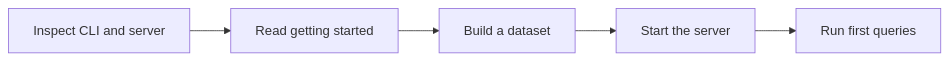
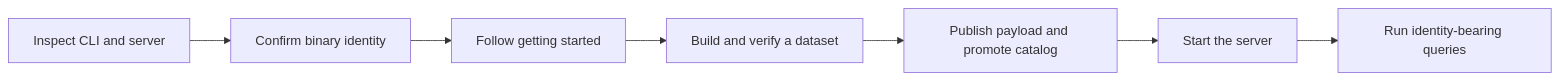
One commit to bijux/bijux-atlas changed the fifth of 7 diagrams in README.md. Above: the diagram before and after it, drawn with Mermaid. The commit also changed other lines of this file and 2 other files, not shown here.

````diff
--- a/README.md
+++ b/README.md
@@ -394,7 +397,9 @@
 ```mermaid
 flowchart LR
-    Inspect[Inspect CLI and server] --> BuildDocs[Read getting started]
-    BuildDocs --> Ingest[Build a dataset]
-    Ingest --> Serve[Start the server]
-    Serve --> Query[Run first queries]
+    Inspect[Inspect CLI and server] --> Install[Confirm binary identity]
+    Install --> BuildDocs[Follow getting started]
+    BuildDocs --> Ingest[Build and verify a dataset]
+    Ingest --> Publish[Publish payload and promote catalog]
+    Publish --> Serve[Start the server]
+    Serve --> Query[Run identity-bearing queries]
 ```
````
